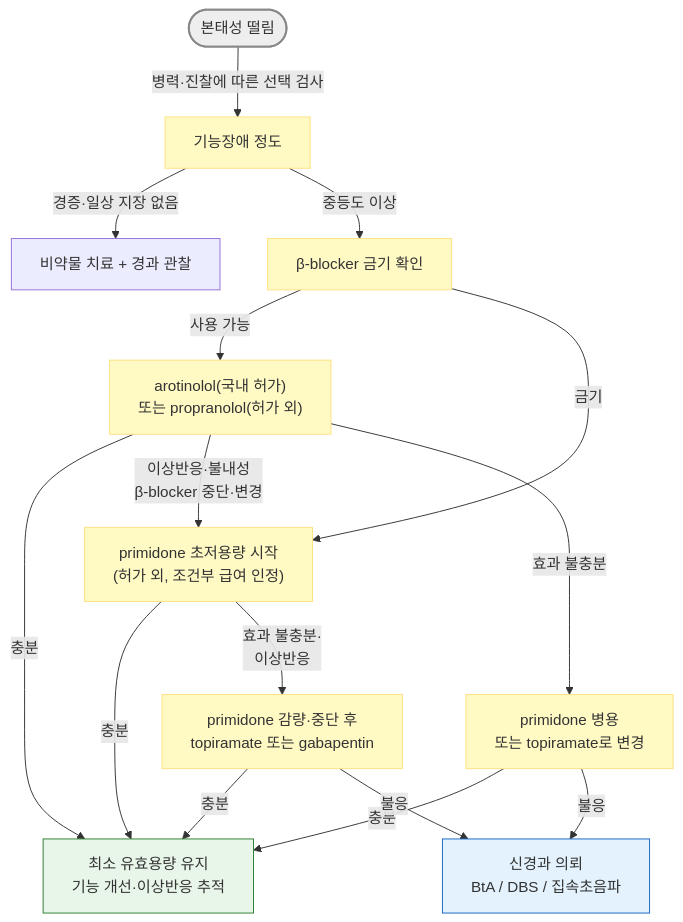
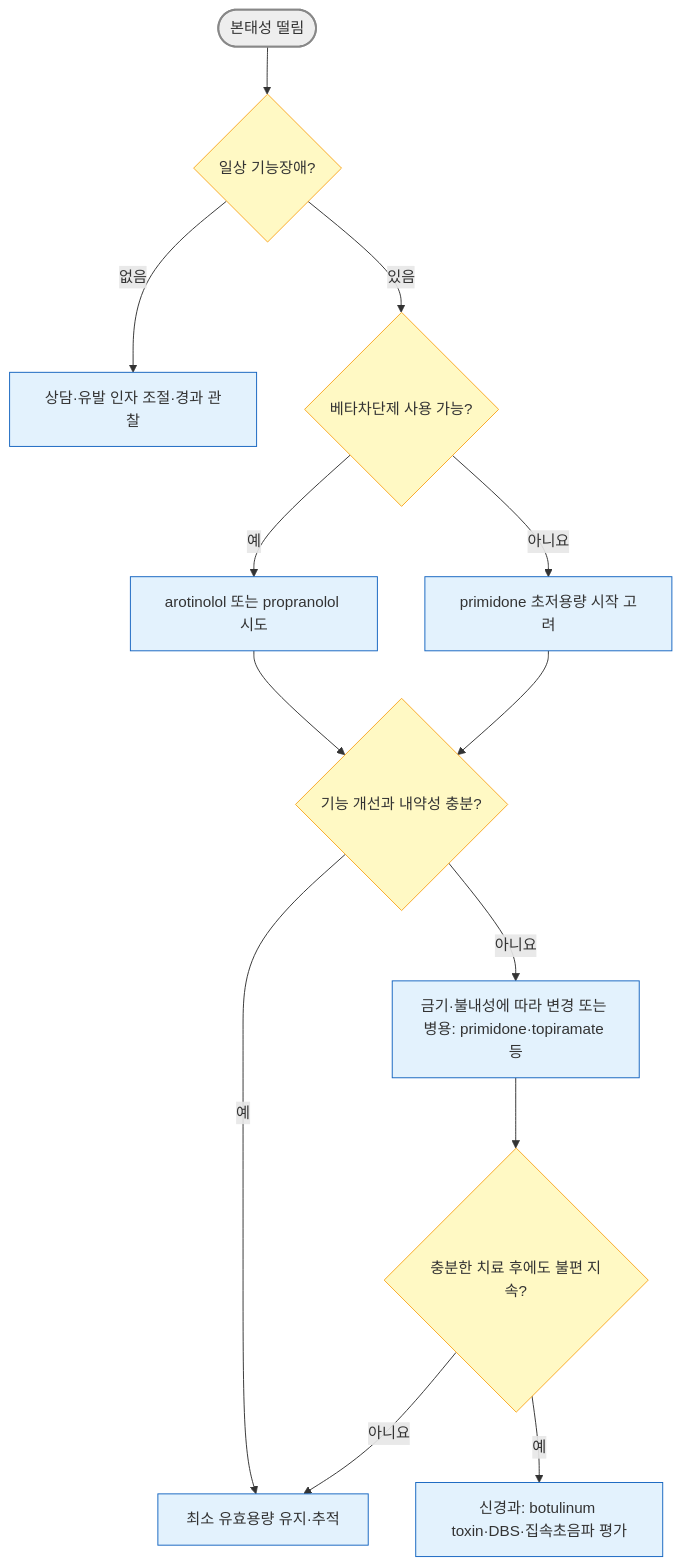
One commit to familyoh77/familyoh77 changed the second of 2 diagrams in 221_/034_-tremor.md. Above: the diagram before and after it, drawn with Mermaid. The commit also changed other lines of this file and 2 other files, not shown here.

````diff
--- a/221_/034_-tremor.md
+++ b/221_/034_-tremor.md
@@ -273,23 +263,20 @@
 ```mermaid
 flowchart TD
-    J1(["본태성 떨림"]) -- "병력·진찰에 따른 선택 검사" --> P["기능장애 정도"]
-    P -- "경증·일상 지장 없음" --> Q["비약물 치료 + 경과 관찰"]
-    P -- "중등도 이상" --> R["β-blocker 금기 확인"]
-    R -- "사용 가능" --> S["arotinolol(국내 허가)<br/>또는 propranolol(허가 외)"]
-    R -- "금기" --> T["primidone 초저용량 시작<br/>(허가 외, 조건부 급여 인정)"]
-    S -- "충분" --> W["최소 유효용량 유지<br/>기능 개선·이상반응 추적"]
-    T -- "충분" --> W
-    S -- "이상반응·불내성<br/>β-blocker 중단·변경" --> T
-    S -- "효과 불충분" --> U["primidone 병용<br/>또는 topiramate로 변경"]
-    T -- "효과 불충분·<br/>이상반응" --> X["primidone 감량·중단 후<br/>topiramate 또는 gabapentin"]
-    U -- "충분" --> W
-    X -- "충분" --> W
-    U -- "불응" --> V["신경과 의뢰<br/>BtA / DBS / 집속초음파"]
-    X -- "불응" --> V
-    style J1 fill:#eeeeee,stroke:#888888,stroke-width:2px
-    style W fill:#e8f5e9,stroke:#2e7d32
-    style V fill:#e3f2fd,stroke:#1565c0
-
-classDef yellow fill:#fff9c4,stroke:#ffe082
-class P,R,S,T,U,X yellow
+    A(["본태성 떨림"]) --> B{"일상 기능장애?"}
+    B -- "없음" --> C["상담·유발 인자 조절·경과 관찰"]
+    B -- "있음" --> D{"베타차단제 사용 가능?"}
+    D -- "예" --> E["arotinolol 또는 propranolol 시도"]
+    D -- "아니요" --> F["primidone 초저용량 시작 고려"]
+    E --> G{"기능 개선과 내약성 충분?"}
+    F --> G
+    G -- "예" --> H["최소 유효용량 유지·추적"]
+    G -- "아니요" --> I["금기·불내성에 따라 변경 또는 병용: primidone·topiramate 등"]
+    I --> J{"충분한 치료 후에도 불편 지속?"}
+    J -- "아니요" --> H
+    J -- "예" --> K["신경과: botulinum toxin·DBS·집속초음파 평가"]
+    style A fill:#eee,stroke:#888,stroke-width:2px
+    classDef decision fill:#fff9c4,stroke:#f9a825
+    classDef action fill:#e3f2fd,stroke:#1565c0
+    class B,D,G,J decision
+    class C,E,F,H,I,K action
 ```
````
